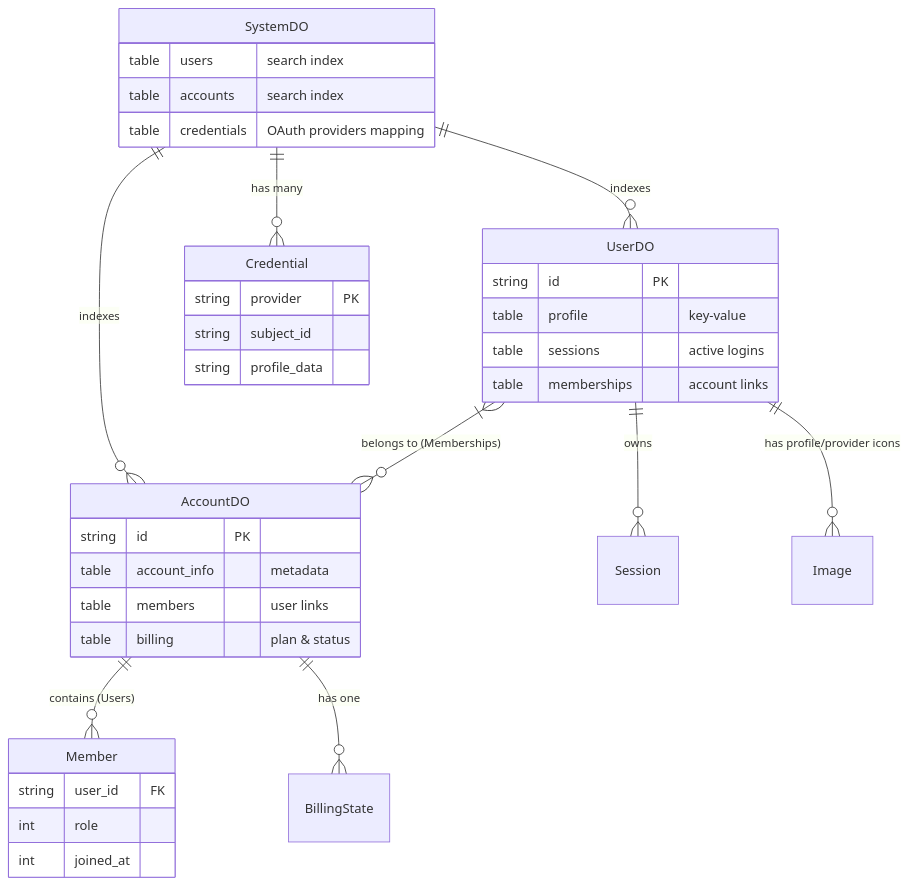
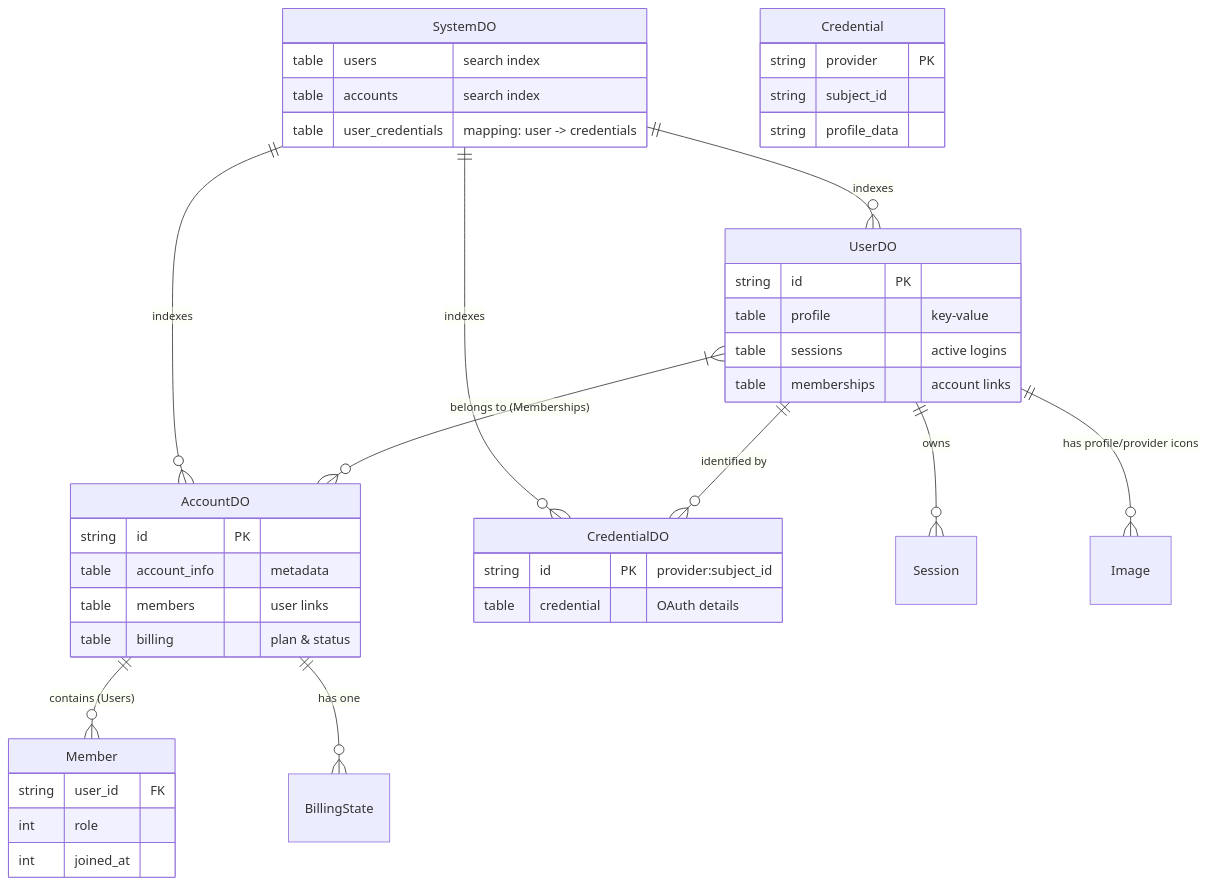
One commit to StartupAPI/startup-api-cloudflare changed the diagram in specs/data-relationships.mmd. Above: the diagram before and after it, drawn with Mermaid. The commit also changed 6 other files, not shown here.

Commit message:
Move credentials to provider-split CredentialDO

```diff
--- a/specs/data-relationships.mmd
+++ b/specs/data-relationships.mmd
@@ -1,43 +1,49 @@
 erDiagram
     SystemDO ||--o{ UserDO : indexes
     SystemDO ||--o{ AccountDO : indexes
-    SystemDO ||--o{ Credential : "has many"
+    SystemDO ||--o{ CredentialDO : indexes
     
     UserDO ||--o{ Session : owns
     UserDO ||--o{ Image : "has profile/provider icons"
     UserDO }|--o{ AccountDO : "belongs to (Memberships)"
+    UserDO ||--o{ CredentialDO : "identified by"
 
     AccountDO ||--o{ Member : "contains (Users)"
     AccountDO ||--o{ BillingState : "has one"
 
     UserDO {
         string id PK
         table profile "key-value"
         table sessions "active logins"
         table memberships "account links"
     }
 
     AccountDO {
         string id PK
         table account_info "metadata"
         table members "user links"
         table billing "plan & status"
     }
 
     SystemDO {
         table users "search index"
         table accounts "search index"
-        table credentials "OAuth providers mapping"
+        table user_credentials "mapping: user -> credentials"
+    }
+
+    CredentialDO {
+        string id PK "provider:subject_id"
+        table credential "OAuth details"
     }
 
     Member {
         string user_id FK
         int role
         int joined_at
     }
 
     Credential {
         string provider PK
         string subject_id
         string profile_data
     }
```
